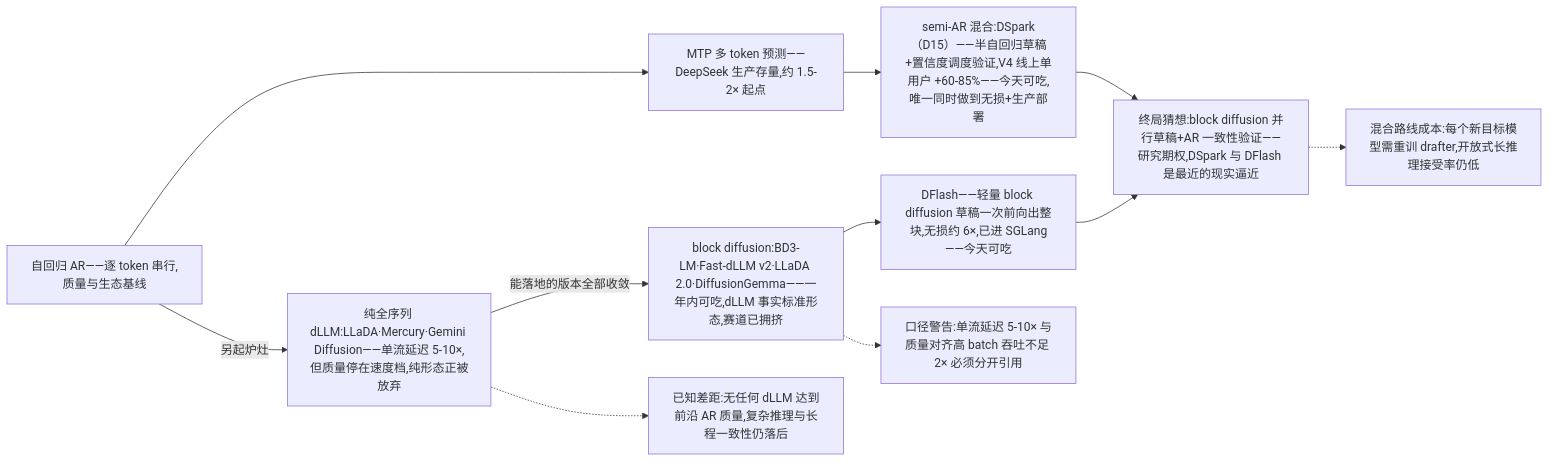
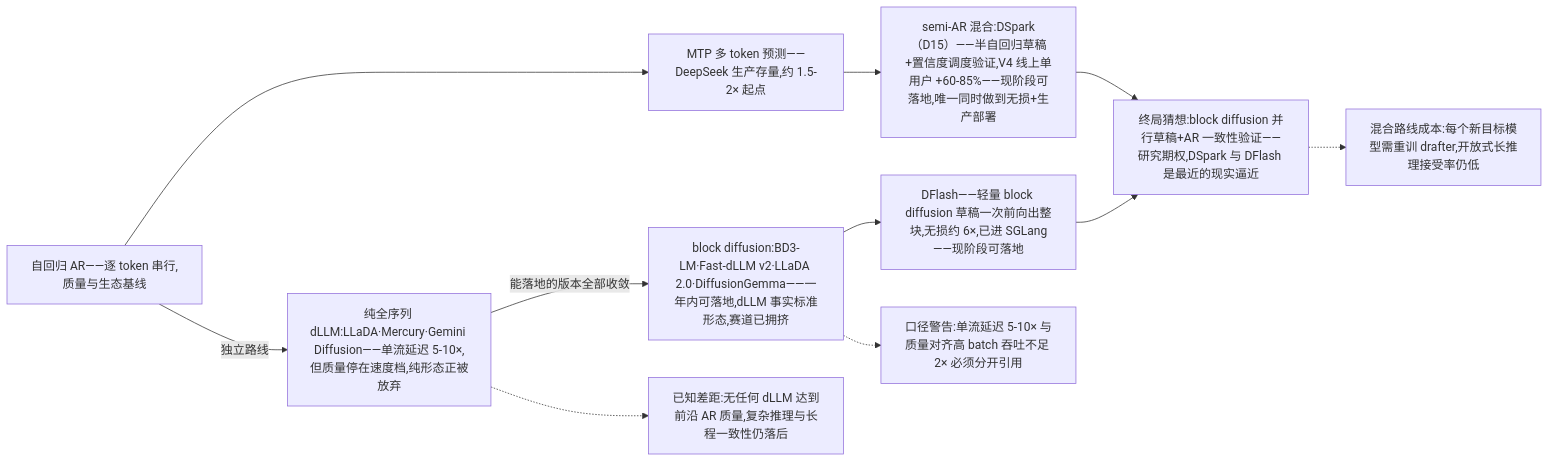
Before and after one commit to lloo099/mission44: the second of 5 diagrams in docs/blog/dispatch-26-inference-efficiency-map.md, drawn with Mermaid. The commit also changed other lines of this file and 24 other files, not shown here.

Commit message:
全站文风统一:29 篇按'专业简洁、去口语化'标准批量修订 — 确定性替换 100 处(崩法→失稳模式/洼地→空白领域/占坑→公开工作/黑箱→未公开/datatype 动物园→谱系/押注→投入/护城河→竞争壁垒 等)+ 8 个编辑 agent 分批逐句精修(D24 单篇 38 处;两轮均遇用量上限中断后续跑完成)+ blog.json 摘要 6 处 + 综述残留 2 处. 术语全站一致化; 29 文件 mermaid 全验证 0 errors; 快照页同步重建

````diff
--- a/docs/blog/dispatch-26-inference-efficiency-map.md
+++ b/docs/blog/dispatch-26-inference-efficiency-map.md
@@ -107,24 +107,24 @@
 ```mermaid
 flowchart LR
     AR["自回归 AR——逐 token 串行,质量与生态基线"]
     MTP["MTP 多 token 预测——DeepSeek 生产存量,约 1.5-2× 起点"]
-    SEMI["semi-AR 混合:DSpark（D15）——半自回归草稿+置信度调度验证,V4 线上单用户 +60-85%——今天可吃,唯一同时做到无损+生产部署"]
-    DFL["DFlash——轻量 block diffusion 草稿一次前向出整块,无损约 6×,已进 SGLang——今天可吃"]
+    SEMI["semi-AR 混合:DSpark（D15）——半自回归草稿+置信度调度验证,V4 线上单用户 +60-85%——现阶段可落地,唯一同时做到无损+生产部署"]
+    DFL["DFlash——轻量 block diffusion 草稿一次前向出整块,无损约 6×,已进 SGLang——现阶段可落地"]
     PURE["纯全序列 dLLM:LLaDA·Mercury·Gemini Diffusion——单流延迟 5-10×,但质量停在速度档,纯形态正被放弃"]
-    BLK["block diffusion:BD3-LM·Fast-dLLM v2·LLaDA 2.0·DiffusionGemma——一年内可吃,dLLM 事实标准形态,赛道已拥挤"]
+    BLK["block diffusion:BD3-LM·Fast-dLLM v2·LLaDA 2.0·DiffusionGemma——一年内可落地,dLLM 事实标准形态,赛道已拥挤"]
     END2["终局猜想:block diffusion 并行草稿+AR 一致性验证——研究期权,DSpark 与 DFlash 是最近的现实逼近"]
 
     AR --> MTP --> SEMI
-    AR -->|"另起炉灶"| PURE
+    AR -->|"独立路线"| PURE
     PURE -->|"能落地的版本全部收敛"| BLK
     BLK --> DFL
     SEMI --> END2
     DFL --> END2
 
     GAP1["已知差距:无任何 dLLM 达到前沿 AR 质量,复杂推理与长程一致性仍落后"]
     GAP2["口径警告:单流延迟 5-10× 与质量对齐高 batch 吞吐不足 2× 必须分开引用"]
     GAP3["混合路线成本:每个新目标模型需重训 drafter,开放式长推理接受率仍低"]
     PURE -.-> GAP1
     BLK -.-> GAP2
     END2 -.-> GAP3
 ```
````
